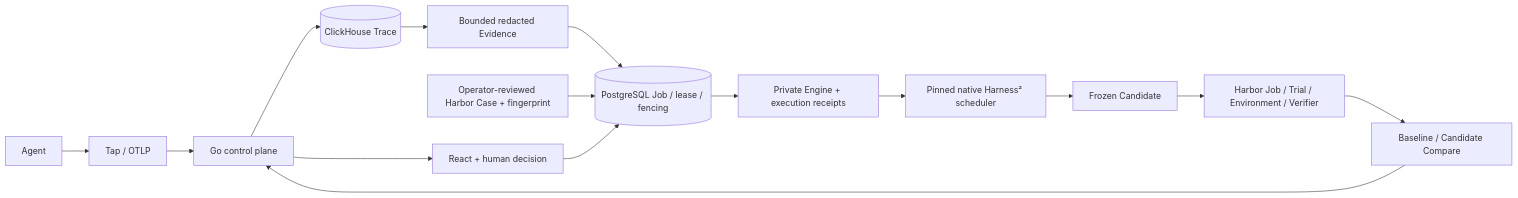
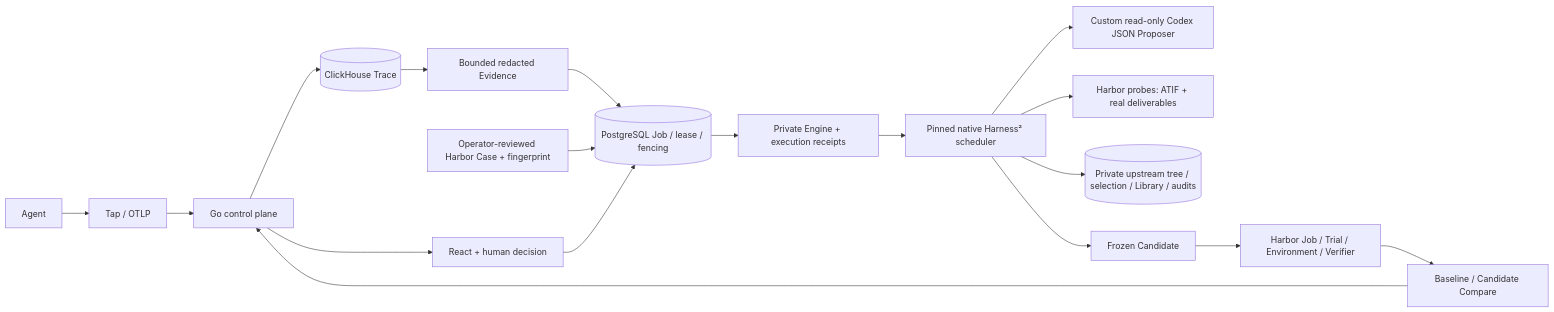
One commit to fightheyyy/CATENA changed the diagram in docs/catena/architecture/README.md. Above: the diagram before and after it, drawn with Mermaid. The commit also changed other lines of this file and 21 other files, not shown here.

Commit message:
fix: honor upstream deliverables and retain native Harbor evidence

````diff
--- a/docs/catena/architecture/README.md
+++ b/docs/catena/architecture/README.md
@@ -5,17 +5,20 @@
 ```mermaid
 flowchart LR
     Agent[Agent] --> Tap[Tap / OTLP]
     Tap --> Go[Go control plane]
     Go --> CH[(ClickHouse Trace)]
     CH --> Evidence[Bounded redacted Evidence]
     Evidence --> Queue[(PostgreSQL Job / lease / fencing)]
     Case[Operator-reviewed Harbor Case + fingerprint] --> Queue
     Queue --> Engine[Private Engine + execution receipts]
     Engine --> H2[Pinned native Harness² scheduler]
+    H2 --> Proposer[Custom read-only Codex JSON Proposer]
+    H2 --> Probe[Harbor probes: ATIF + real deliverables]
+    H2 --> Audit[(Private upstream tree / selection / Library / audits)]
     H2 --> Candidate[Frozen Candidate]
     Candidate --> Harbor[Harbor Job / Trial / Environment / Verifier]
     Harbor --> Compare[Baseline / Candidate Compare]
     Compare --> Go
     Go --> Review[React + human decision]
     Review --> Queue
 ```
````
